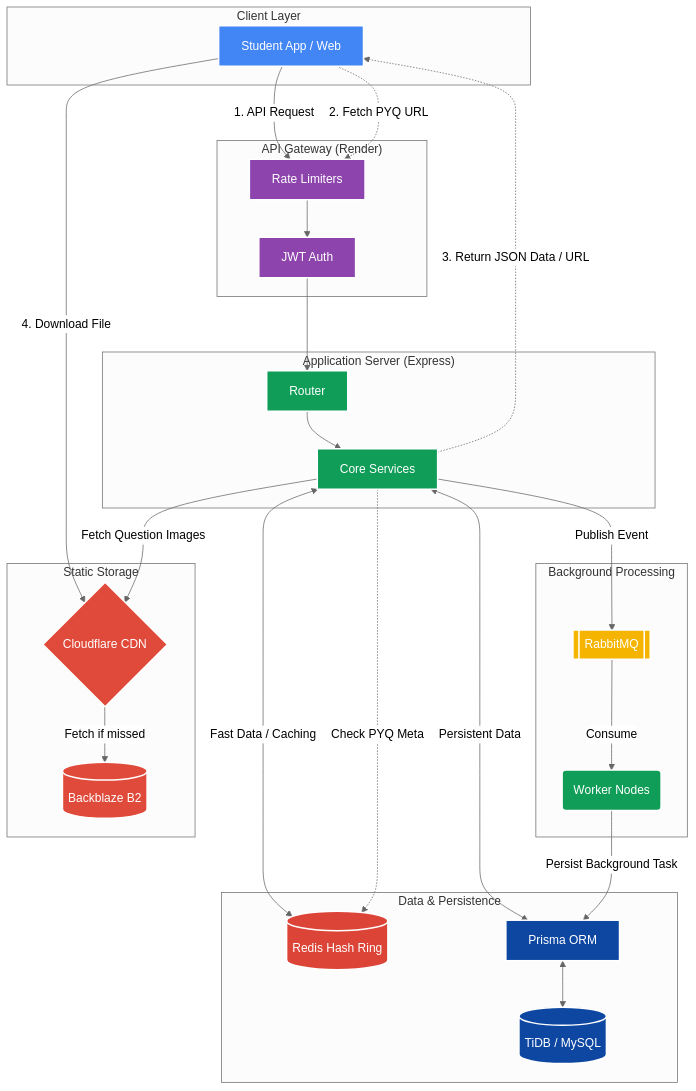
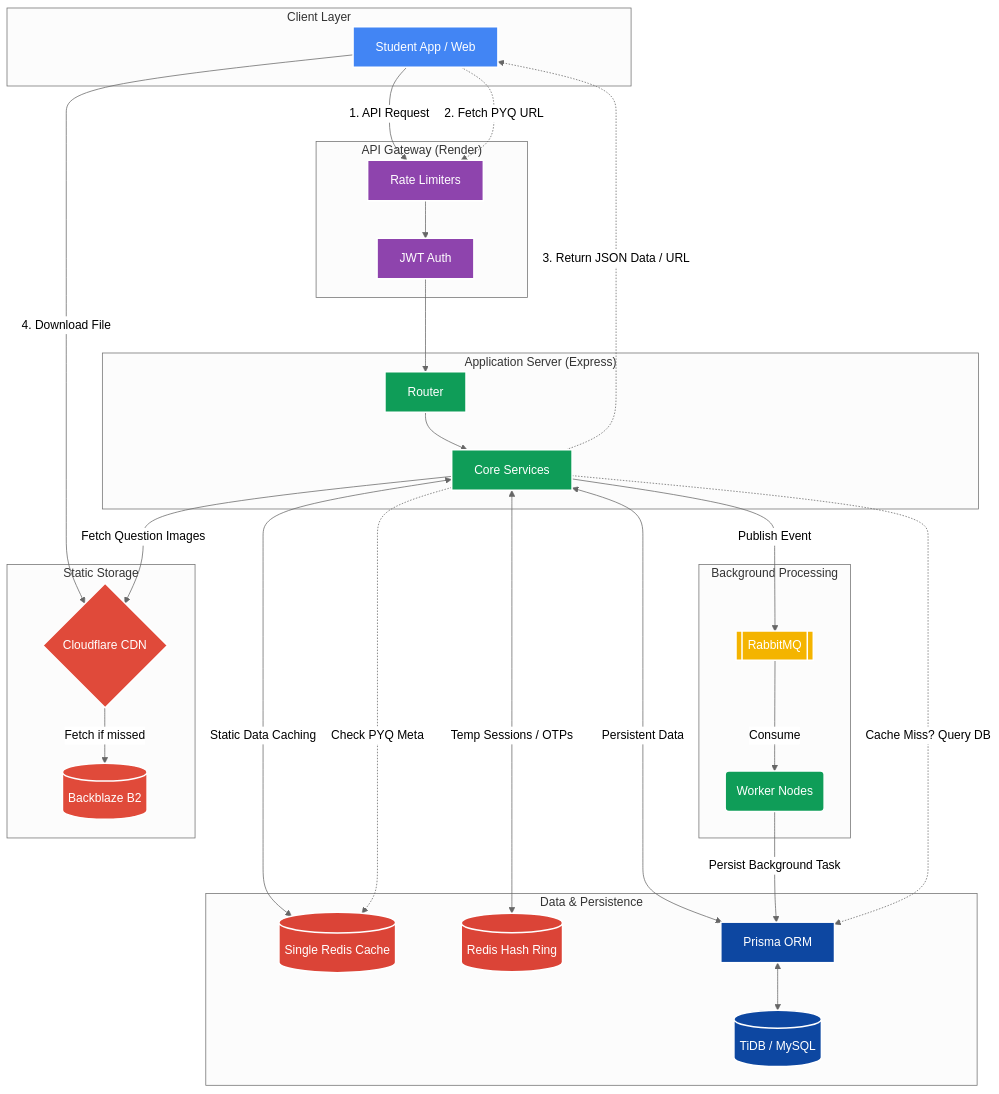
One commit to Tanishq112005/JEE-Archive-Mock-Test-Platform changed the first of 5 diagrams in README.md. Above: the diagram before and after it, drawn with Mermaid (neutral theme). The commit also changed other lines of this file, not shown here.

````diff
--- a/README.md
+++ b/README.md
@@ -82,73 +82,76 @@
 ```mermaid
 flowchart TB
     %% Styling Classes
     classDef client fill:#4285F4,stroke:#fff,stroke-width:2px,color:#fff
     classDef storage fill:#E04A3A,stroke:#fff,stroke-width:2px,color:#fff
     classDef gateway fill:#8E44AD,stroke:#fff,stroke-width:2px,color:#fff
     classDef server fill:#0F9D58,stroke:#fff,stroke-width:2px,color:#fff
     classDef queue fill:#F4B400,stroke:#fff,stroke-width:2px,color:#fff
     classDef data fill:#0D47A1,stroke:#fff,stroke-width:2px,color:#fff
     classDef cache fill:#DB4437,stroke:#fff,stroke-width:2px,color:#fff
 
     %% Client Layer
     subgraph Clients ["Client Layer"]
         Student[Student App / Web]:::client
     end
 
     %% API Gateway & Hosting
     subgraph Gateway ["API Gateway (Render)"]
         RL[Rate Limiters]:::gateway
         Auth[JWT Auth]:::gateway
     end
 
     %% Service Layer
     subgraph AppServer ["Application Server (Express)"]
         Router[Router]:::server
         Services[Core Services]:::server
     end
 
     %% Data Stores
     subgraph DataLayer ["Data & Persistence"]
-        Redis[(Redis Hash Ring)]:::cache
+        RedisCache[(Single Redis Cache)]:::cache
+        RedisRing[(Redis Hash Ring)]:::cache
         Prisma[Prisma ORM]:::data
         DB[(TiDB / MySQL)]:::data
     end
 
     %% Async Tasks
     subgraph AsyncWorker ["Background Processing"]
         RMQ[[RabbitMQ]]:::queue
         Workers(Worker Nodes):::server
     end
 
     %% File Storage
     subgraph Storage ["Static Storage"]
         CF{Cloudflare CDN}:::storage
         B2[(Backblaze B2)]:::storage
     end
 
     %% Primary Request Flow
     Student -->|1. API Request| RL
     RL --> Auth
     Auth --> Router
     Router --> Services
     
     %% Data Flow
-    Services <-->|Fast Data / Caching| Redis
+    Services <-->|Static Data Caching| RedisCache
+    Services <-->|Temp Sessions / OTPs| RedisRing
     Services <-->|Persistent Data| Prisma
     Prisma <--> DB
     
     %% Async Flow
     Services -->|Publish Event| RMQ
     RMQ -->|Consume| Workers
     Workers -->|Persist Background Task| Prisma
     
     %% PYQ Flow Highlight
     Student -.->|2. Fetch PYQ URL| RL
-    Services -.->|Check PYQ Meta| Redis
+    Services -.->|Check PYQ Meta| RedisCache
+    Services -.->|Cache Miss? Query DB| Prisma
     Services -.->|3. Return JSON Data / URL| Student
     Student -->|4. Download File| CF
     
     %% Internal Image Fetching
     Services -->|Fetch Question Images| CF
     CF -->|Fetch if missed| B2
 ```
````
